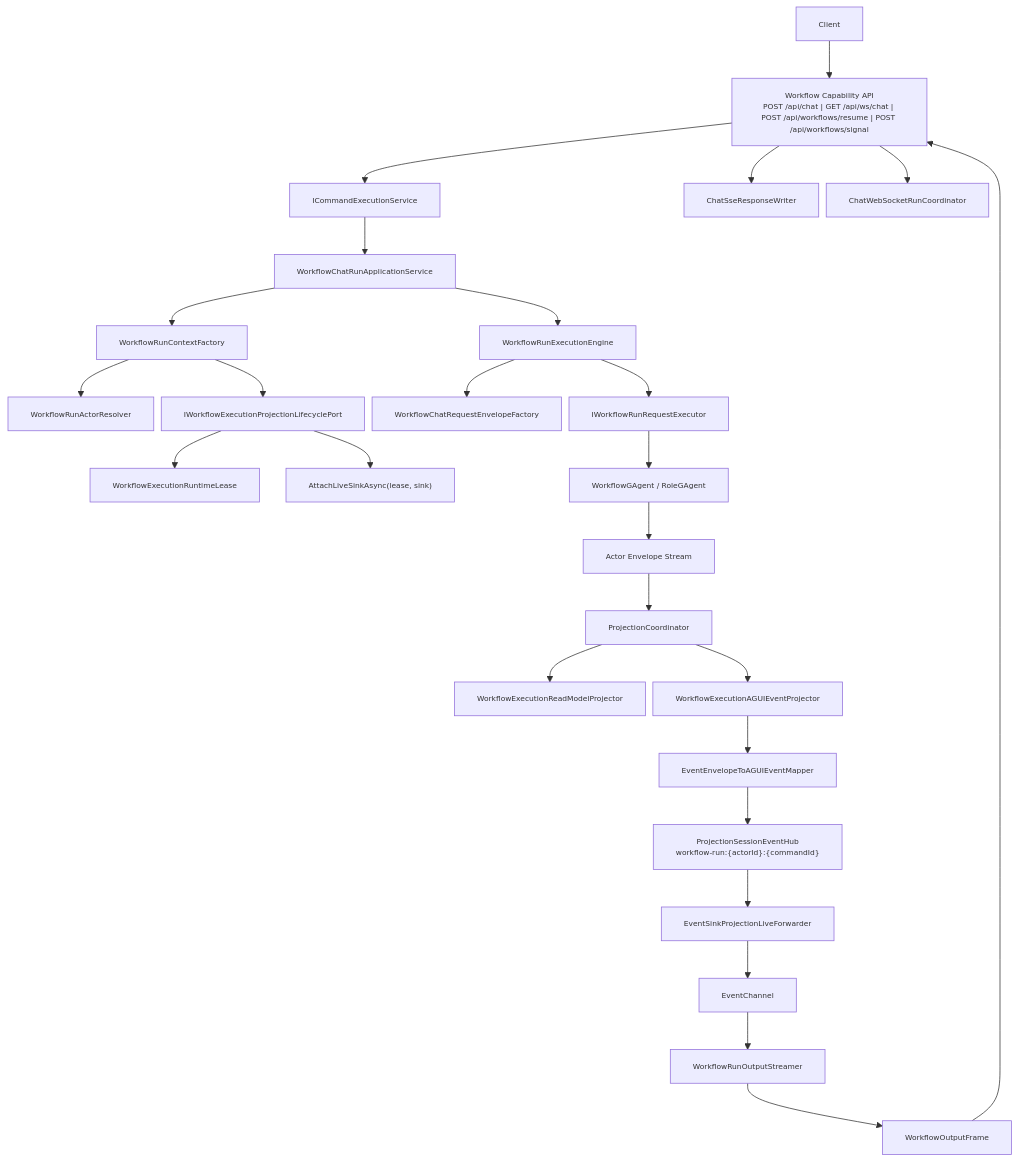
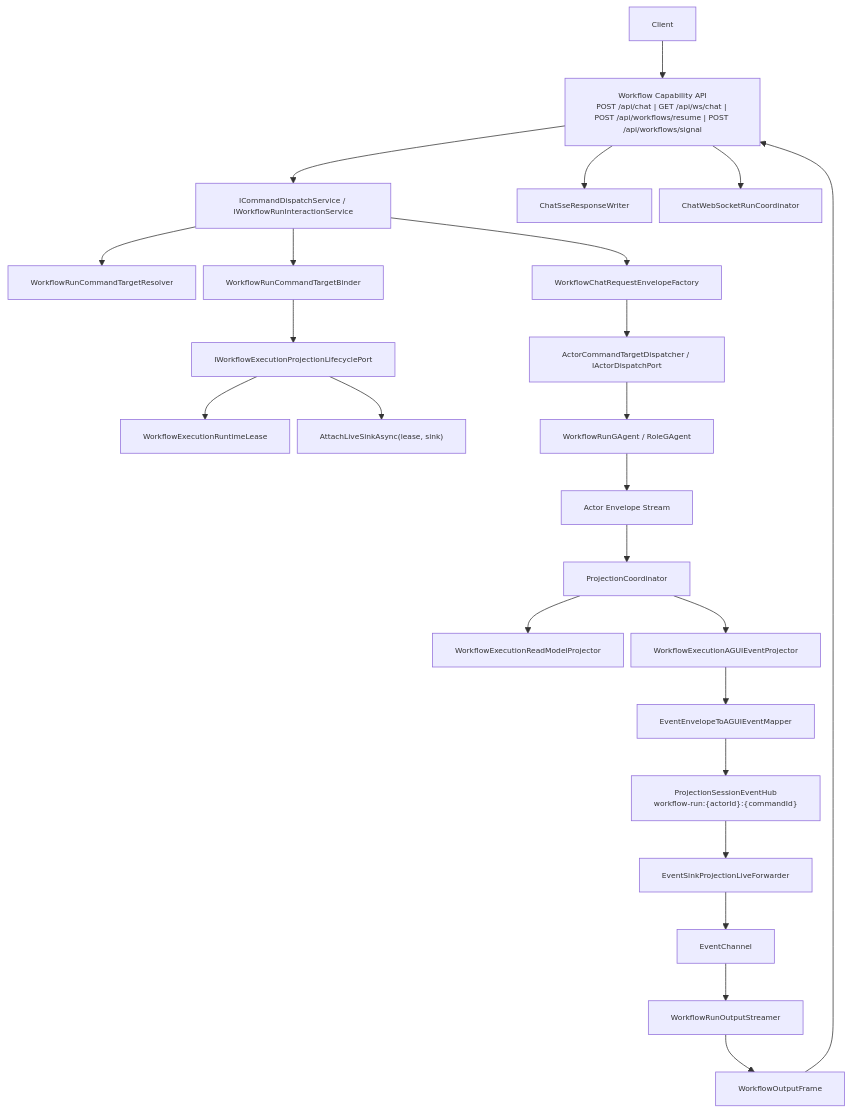
One commit to aevatarAI/aevatar changed the first of 5 diagrams in docs/WORKFLOW_LLM_STREAMING_ARCHITECTURE.md. Above: the diagram before and after it, drawn with Mermaid. The commit also changed other lines of this file and 99 other files, not shown here.

First line of the commit message:
Refactor CQRS command processing and introduce dispatch port

````diff
--- a/docs/WORKFLOW_LLM_STREAMING_ARCHITECTURE.md
+++ b/docs/WORKFLOW_LLM_STREAMING_ARCHITECTURE.md
@@ -58,29 +58,27 @@
 ```mermaid
 %%{init: {"maxTextSize": 100000, "flowchart": {"useMaxWidth": false, "nodeSpacing": 10, "rankSpacing": 50}, "themeVariables": {"fontSize": "10px"}}}%%
 flowchart TB
     C["Client"] --> H["Workflow Capability API\nPOST /api/chat | GET /api/ws/chat | POST /api/workflows/resume | POST /api/workflows/signal"]
-    H --> CMD["ICommandExecutionService"]
-    CMD --> APP["WorkflowChatRunApplicationService"]
-    APP --> CTX["WorkflowRunContextFactory"]
-    CTX --> RES["WorkflowRunActorResolver"]
-    CTX --> LIF["IWorkflowExecutionProjectionLifecyclePort"]
+    H --> CMD["ICommandDispatchService / IWorkflowRunInteractionService"]
+    CMD --> RES["WorkflowRunCommandTargetResolver"]
+    CMD --> BND["WorkflowRunCommandTargetBinder"]
+    BND --> LIF["IWorkflowExecutionProjectionLifecyclePort"]
     LIF --> LEASE["WorkflowExecutionRuntimeLease"]
     LIF --> SUB["AttachLiveSinkAsync(lease, sink)"]
-    APP --> ENG["WorkflowRunExecutionEngine"]
-    ENG --> FAC["WorkflowChatRequestEnvelopeFactory"]
-    ENG --> EXE["IWorkflowRunRequestExecutor"]
-    EXE --> ACT["WorkflowGAgent / RoleGAgent"]
+    CMD --> FAC["WorkflowChatRequestEnvelopeFactory"]
+    FAC --> DSP["ActorCommandTargetDispatcher / IActorDispatchPort"]
+    DSP --> ACT["WorkflowRunGAgent / RoleGAgent"]
     ACT --> EVT["Actor Envelope Stream"]
     EVT --> COOR["ProjectionCoordinator"]
     COOR --> RM["WorkflowExecutionReadModelProjector"]
     COOR --> AGP["WorkflowExecutionAGUIEventProjector"]
     AGP --> MAP["EventEnvelopeToAGUIEventMapper"]
     MAP --> HUB["ProjectionSessionEventHub\nworkflow-run:{actorId}:{commandId}"]
     HUB --> FWD["EventSinkProjectionLiveForwarder<WorkflowExecutionRuntimeLease, WorkflowRunEvent>"]
     FWD --> CH["EventChannel<WorkflowRunEvent>"]
     CH --> STR["WorkflowRunOutputStreamer"]
     STR --> FR["WorkflowOutputFrame"]
     FR --> H
     H --> SSE["ChatSseResponseWriter"]
     H --> WS["ChatWebSocketRunCoordinator"]
 ```
````
